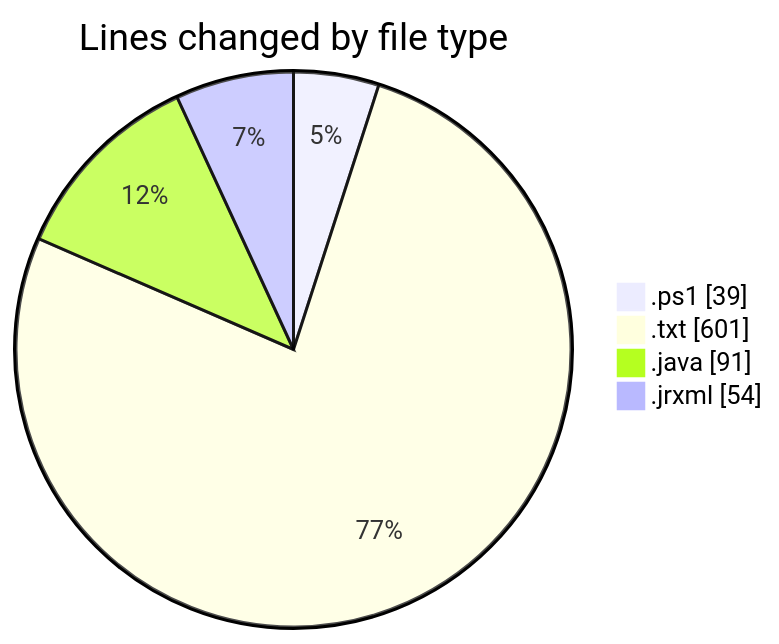
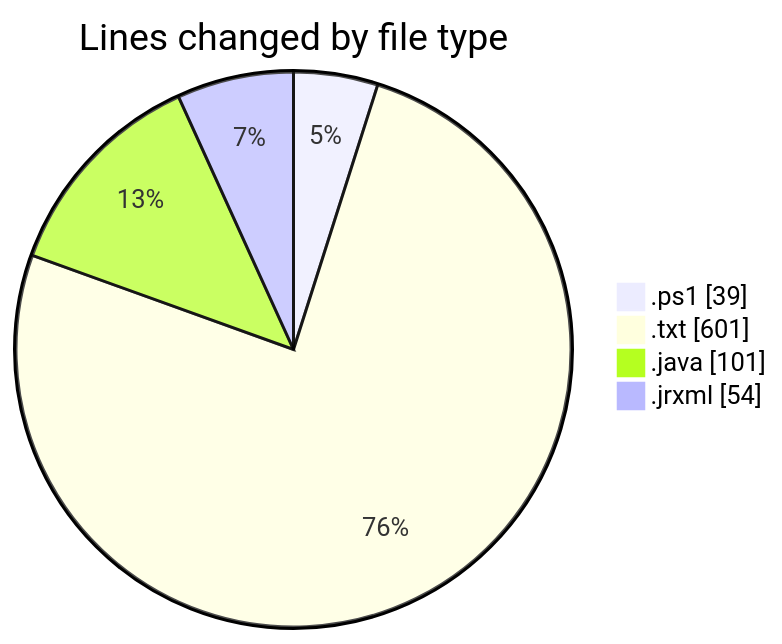
The first of 2 diagrams in 2026-03-03/cilreports__workspace_/README.md (ricardozamudiocil/code-tracking), drawn with Mermaid before and after one commit. The commit also changed other lines of this file and 2 other files, not shown here.

````diff
--- a/2026-03-03/cilreports__workspace_/README.md
+++ b/2026-03-03/cilreports__workspace_/README.md
@@ -27,8 +27,8 @@
 ```mermaid
 pie showData
 title Lines changed by file type
 ".ps1" : 39
 ".txt" : 601
-".java" : 91
+".java" : 101
 ".jrxml" : 54
 ```
````
